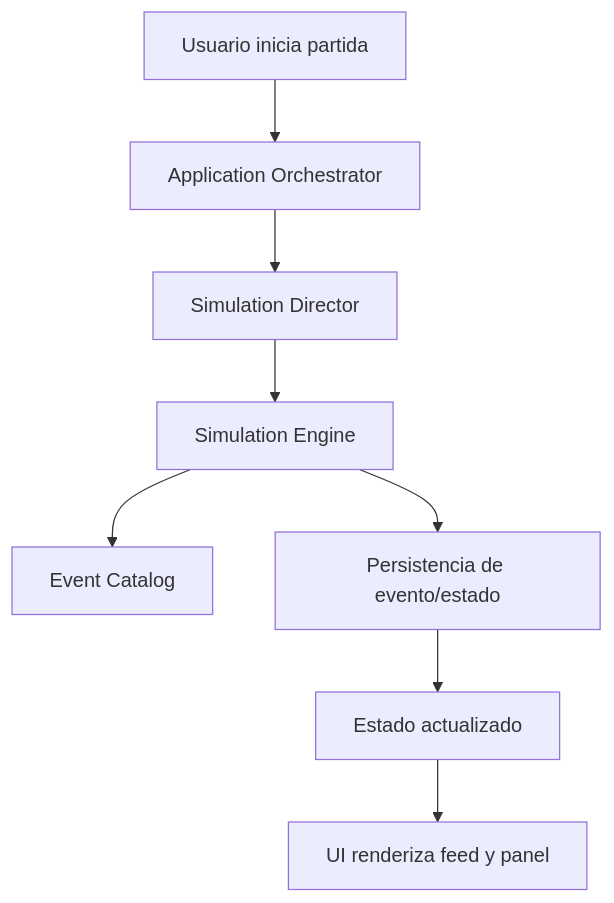
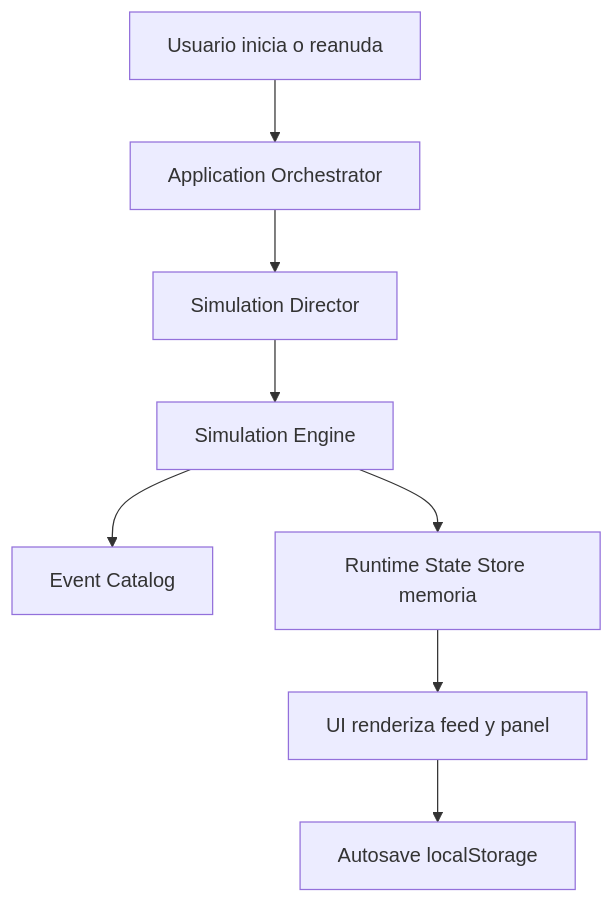
Before and after one commit to doreancl/hunger-games: the diagram in specs/L7-architecture.md, drawn with Mermaid. The commit also changed other lines of this file and 19 other files, not shown here.

````diff
--- a/specs/L7-architecture.md
+++ b/specs/L7-architecture.md
@@ -16,10 +16,10 @@
 ```mermaid
 flowchart TD
-  A[Usuario inicia partida] --> B[Application Orchestrator]
+  A[Usuario inicia o reanuda] --> B[Application Orchestrator]
   B --> C[Simulation Director]
   C --> D[Simulation Engine]
   D --> E[Event Catalog]
-  D --> F[Persistencia de evento/estado]
-  F --> G[Estado actualizado]
-  G --> H[UI renderiza feed y panel]
+  D --> F[Runtime State Store memoria]
+  F --> G[UI renderiza feed y panel]
+  G --> H[Autosave localStorage]
 ```
````
